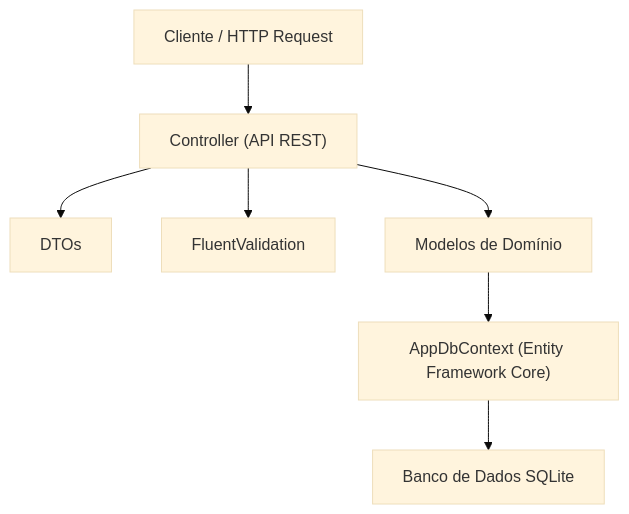
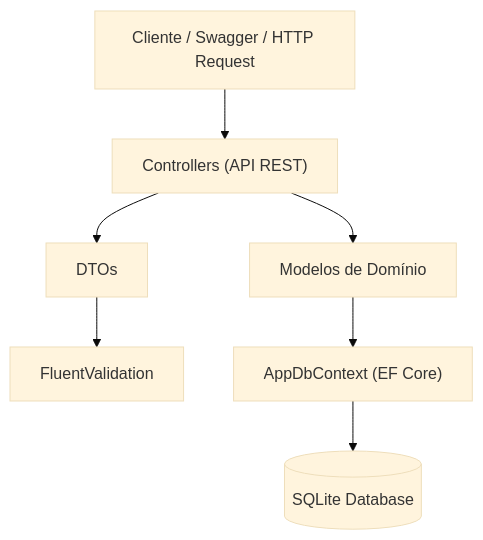
The diagram in README.md (MarceloPV2020/GerenciadorEmpreendimentosSc), drawn with Mermaid (base theme) before and after one commit. The commit also changed other lines of this file, not shown here.

````diff
--- a/README.md
+++ b/README.md
@@ -42,18 +46,18 @@
 ```mermaid
 flowchart TD
 
-Client["Cliente / HTTP Request"]
-Controller["Controller (API REST)"]
+Client["Cliente / Swagger / HTTP Request"]
+Controller["Controllers (API REST)"]
 DTO["DTOs"]
 Validation["FluentValidation"]
 Model["Modelos de Domínio"]
-DbContext["AppDbContext (Entity Framework Core)"]
-Database["Banco de Dados SQLite"]
+DbContext["AppDbContext (EF Core)"]
+Database[("SQLite Database")]
 
 Client --> Controller
 Controller --> DTO
-Controller --> Validation
+DTO --> Validation
 Controller --> Model
 Model --> DbContext
 DbContext --> Database
 ```
````
